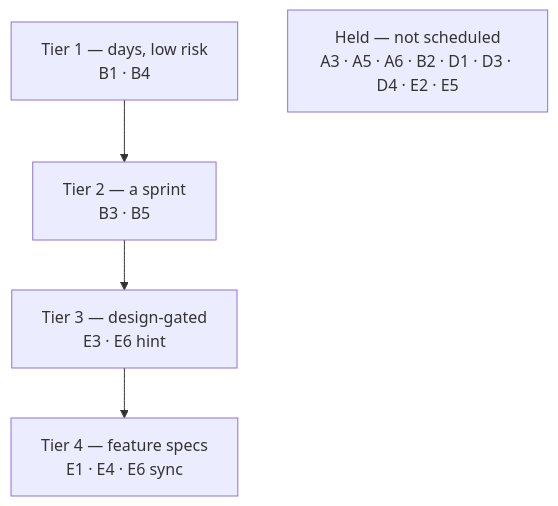
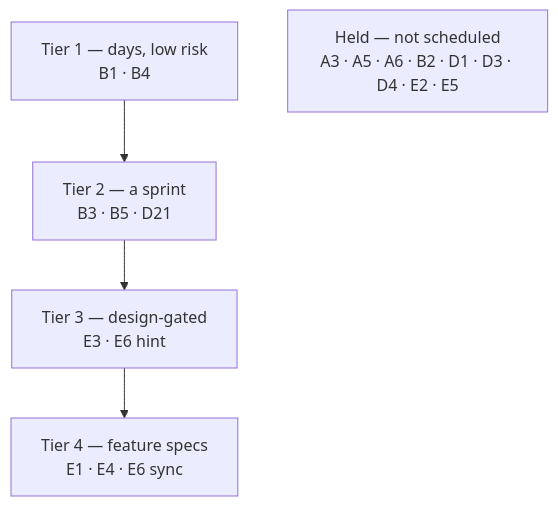
The third of 3 diagrams in docs/ui-ux-improvements.md (oncloudnintynineone-source/cloudy2), drawn with Mermaid before and after one commit. The commit also changed other lines of this file and 12 other files, not shown here.

````diff
--- a/docs/ui-ux-improvements.md
+++ b/docs/ui-ux-improvements.md
@@ -1024,7 +1167,7 @@
 ```mermaid
 flowchart TD
-  T1["Tier 1 — days, low risk<br/>B1 · B4"] --> T2["Tier 2 — a sprint<br/>B3 · B5"]
+  T1["Tier 1 — days, low risk<br/>B1 · B4"] --> T2["Tier 2 — a sprint<br/>B3 · B5 · D21"]
   T2 --> T3["Tier 3 — design-gated<br/>E3 · E6 hint"]
   T3 --> T4["Tier 4 — feature specs<br/>E1 · E4 · E6 sync"]
   H["Held — not scheduled<br/>A3 · A5 · A6 · B2 · D1 · D3 · D4 · E2 · E5"]
 ```
````
